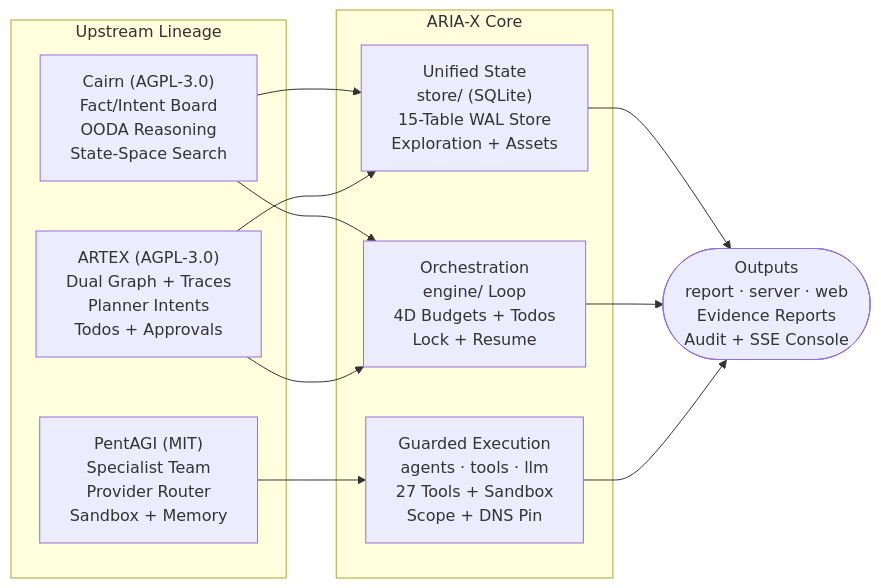
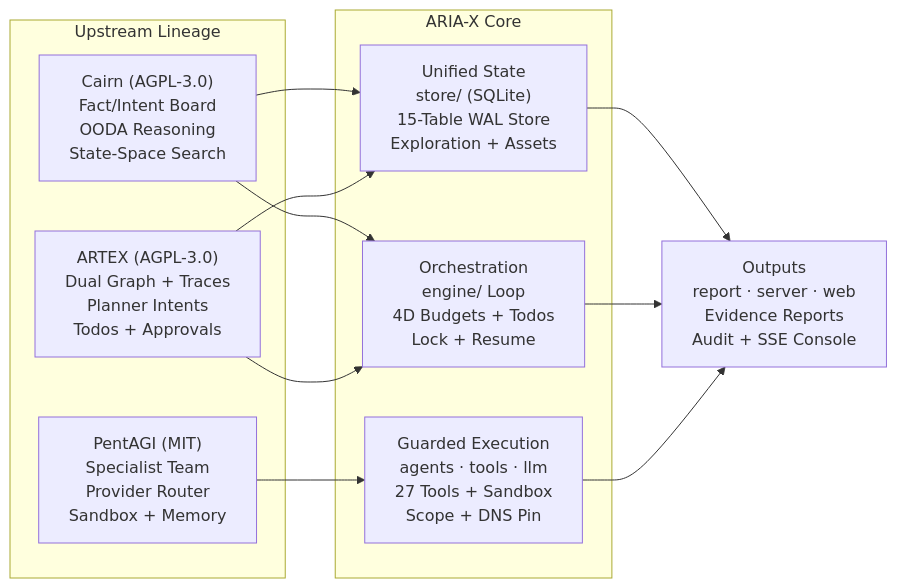
The first of 2 diagrams in README.en.md (01NGVI-QINGYI/ARIA-X), drawn with Mermaid before and after one commit. The commit also changed other lines of this file and 4 other files, not shown here.

Commit message:
docs(readme): remove unclosed center divs, fix Mermaid list labels, drop AppleDouble file

````diff
--- a/README.en.md
+++ b/README.en.md
@@ -55,25 +53,25 @@
 ```mermaid
 flowchart LR
     subgraph UP["Upstream Lineage"]
         C["Cairn (AGPL-3.0)<br/>Fact/Intent Board<br/>OODA Reasoning<br/>State-Space Search"]
         A["ARTEX (AGPL-3.0)<br/>Dual Graph + Traces<br/>Planner Intents<br/>Todos + Approvals"]
         P["PentAGI (MIT)<br/>Specialist Team<br/>Provider Router<br/>Sandbox + Memory"]
     end
 
     subgraph CORE["ARIA-X Core"]
         ST["Unified State<br/>store/ (SQLite)<br/>15-Table WAL Store<br/>Exploration + Assets"]
         OR["Orchestration<br/>engine/ Loop<br/>4D Budgets + Todos<br/>Lock + Resume"]
         EX["Guarded Execution<br/>agents · tools · llm<br/>27 Tools + Sandbox<br/>Scope + DNS Pin"]
     end
 
-    OUT(["Outputs<br/>report · server · web<br/>Evidence Reports<br/>Audit + SSE Console"])
+    OUT["Outputs<br/>report · server · web<br/>Evidence Reports<br/>Audit + SSE Console"]
 
     C --> ST
     C --> OR
     A --> ST
     A --> OR
     P --> EX
     ST --> OUT
     OR --> OUT
     EX --> OUT
 ```
````
